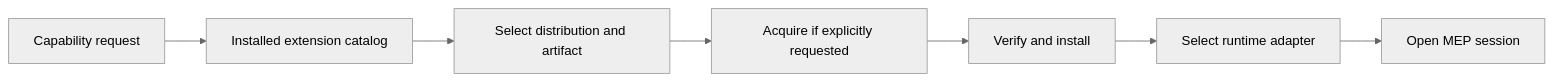
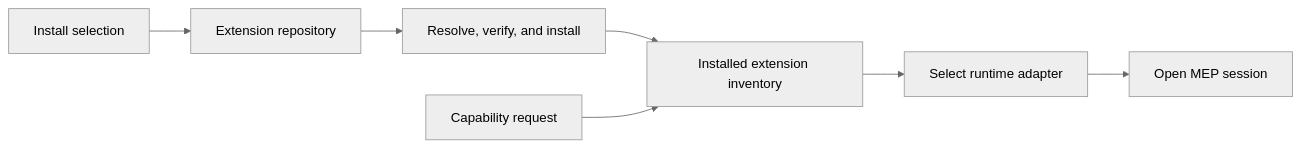
The second of 2 diagrams in docs/design/draft/extensions/distribution-and-acquisition.md (finos/morphir), drawn with Mermaid (neutral theme) before and after one commit. The commit also changed other lines of this file and 5 other files, not shown here.

First line of the commit message:
docs: define extension repository vocabulary (#763)

````diff
--- a/docs/design/draft/extensions/distribution-and-acquisition.md
+++ b/docs/design/draft/extensions/distribution-and-acquisition.md
@@ -133,9 +136,9 @@
 ```mermaid
 flowchart LR
-    Request[Capability request] --> Catalog[Installed extension catalog]
-    Catalog --> Resolver[Select distribution and artifact]
-    Resolver --> Acquire[Acquire if explicitly requested]
-    Acquire --> Verify[Verify and install]
-    Verify --> Runtime[Select runtime adapter]
+    Selection[Install selection] --> Repository[Extension repository]
+    Repository --> Verify[Resolve, verify, and install]
+    Verify --> Inventory[Installed extension inventory]
+    Request[Capability request] --> Inventory
+    Inventory --> Runtime[Select runtime adapter]
     Runtime --> MEP[Open MEP session]
 ```
````
